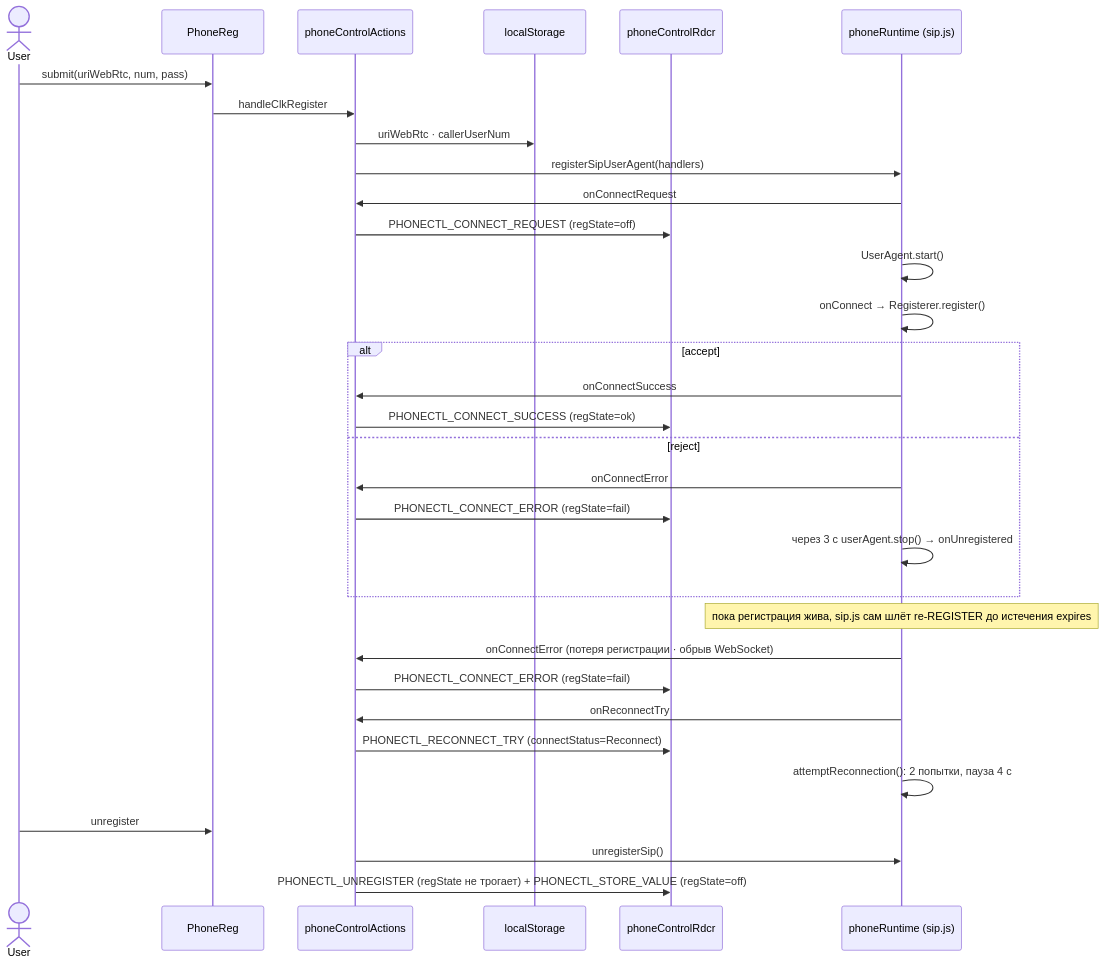
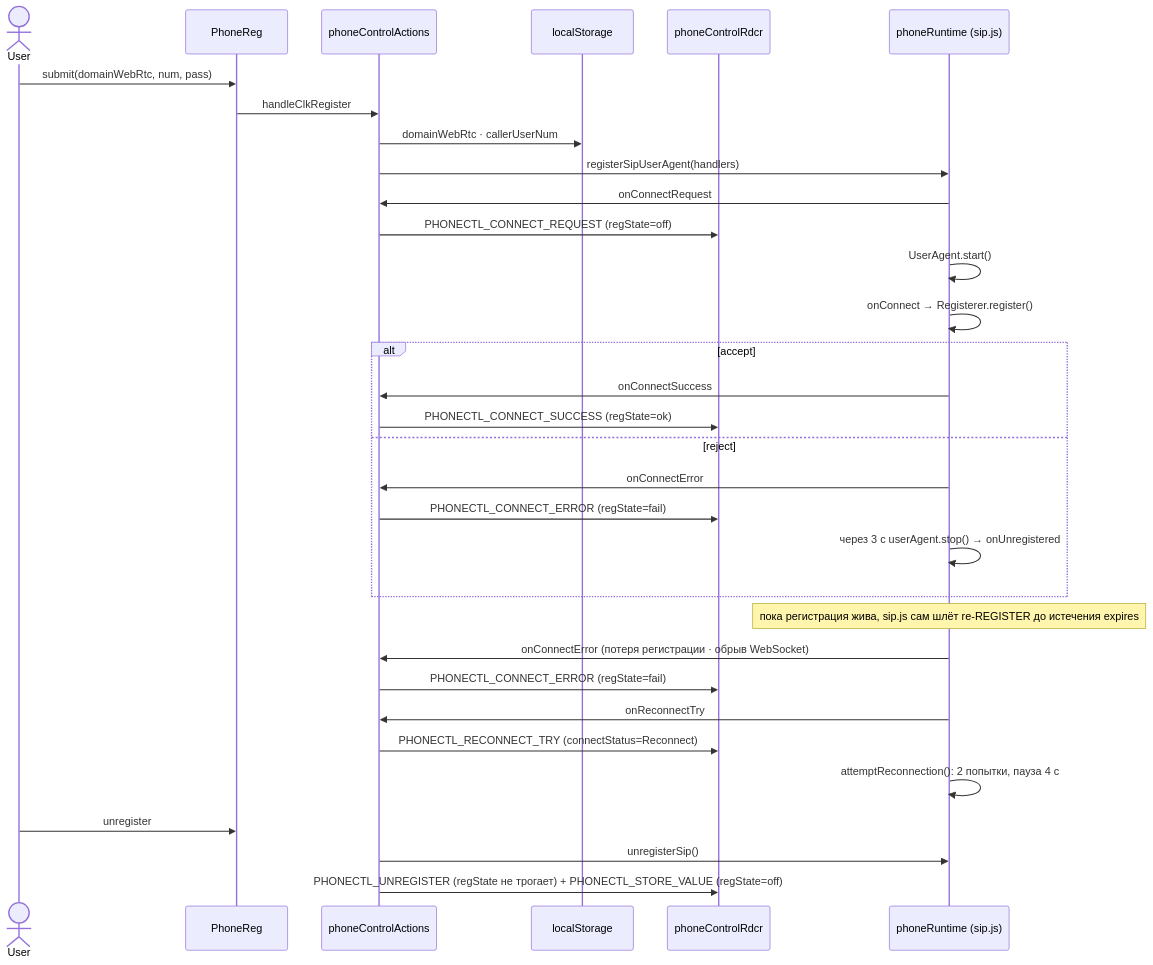
The second of 3 diagrams in docs/STATE.md (ars-anosov/sipjs-react), drawn with Mermaid before and after one commit. The commit also changed other lines of this file and 20 other files, not shown here.

Commit message:
добавил endpointsWebRtc - для failower при нескольких SBC.

````diff
--- a/docs/STATE.md
+++ b/docs/STATE.md
@@ -107,35 +107,35 @@
 ```mermaid
 sequenceDiagram
   actor User
   participant PhoneReg
   participant Action as phoneControlActions
   participant LS as localStorage
   participant Rdcr as phoneControlRdcr
   participant Runtime as phoneRuntime (sip.js)
 
-  User->>PhoneReg: submit(uriWebRtc, num, pass)
+  User->>PhoneReg: submit(domainWebRtc, num, pass)
   PhoneReg->>Action: handleClkRegister
-  Action->>LS: uriWebRtc · callerUserNum
+  Action->>LS: domainWebRtc · callerUserNum
   Action->>Runtime: registerSipUserAgent(handlers)
   Runtime->>Action: onConnectRequest
   Action->>Rdcr: PHONECTL_CONNECT_REQUEST (regState=off)
   Runtime->>Runtime: UserAgent.start()
   Runtime->>Runtime: onConnect → Registerer.register()
   alt accept
     Runtime->>Action: onConnectSuccess
     Action->>Rdcr: PHONECTL_CONNECT_SUCCESS (regState=ok)
   else reject
     Runtime->>Action: onConnectError
     Action->>Rdcr: PHONECTL_CONNECT_ERROR (regState=fail)
     Runtime->>Runtime: через 3 с userAgent.stop() → onUnregistered
   end
   Note over Runtime: пока регистрация жива, sip.js сам шлёт re-REGISTER до истечения expires
   Runtime->>Action: onConnectError (потеря регистрации · обрыв WebSocket)
   Action->>Rdcr: PHONECTL_CONNECT_ERROR (regState=fail)
   Runtime->>Action: onReconnectTry
   Action->>Rdcr: PHONECTL_RECONNECT_TRY (connectStatus=Reconnect)
   Runtime->>Runtime: attemptReconnection(): 2 попытки, пауза 4 с
   User->>PhoneReg: unregister
   Action->>Runtime: unregisterSip()
   Action->>Rdcr: PHONECTL_UNREGISTER (regState не трогает) + PHONECTL_STORE_VALUE (regState=off)
 ```
````
